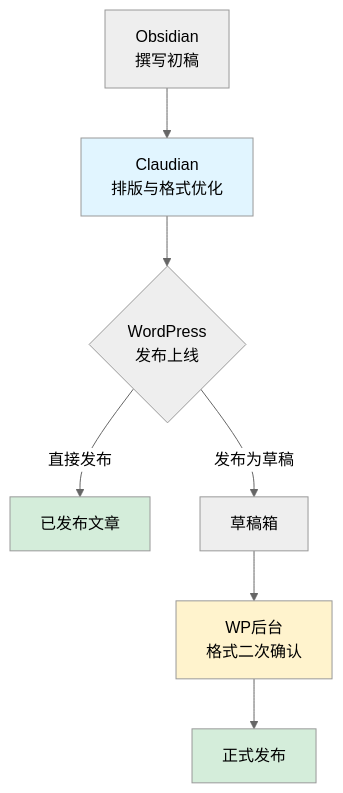
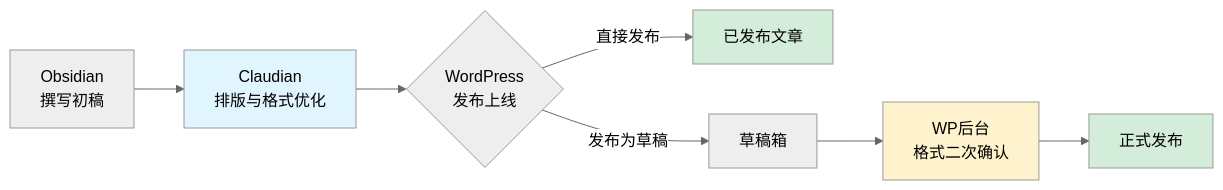
One commit to huizhiLLL/Obsidian changed the diagram in Diary/2026-01/2026-01-24.md. Above: the diagram before and after it, drawn with Mermaid (neutral theme). The commit also changed 8 other files, not shown here.

````diff
--- a/Diary/2026-01/2026-01-24.md
+++ b/Diary/2026-01/2026-01-24.md
@@ -6,14 +6,14 @@
 ```mermaid
-graph TD
+graph LR
     A[Obsidian<br/>撰写初稿] --> B[Claudian<br/>排版与格式优化]
     B --> C{WordPress<br/>发布上线}
     C -->|直接发布| D[已发布文章]
     C -->|发布为草稿| E[草稿箱]
     E --> F[WP后台<br/>格式二次确认]
     F --> G[正式发布]
 
     style B fill:#e1f5ff
     style F fill:#fff3cd
     style D fill:#d4edda
     style G fill:#d4edda
 ```
````
